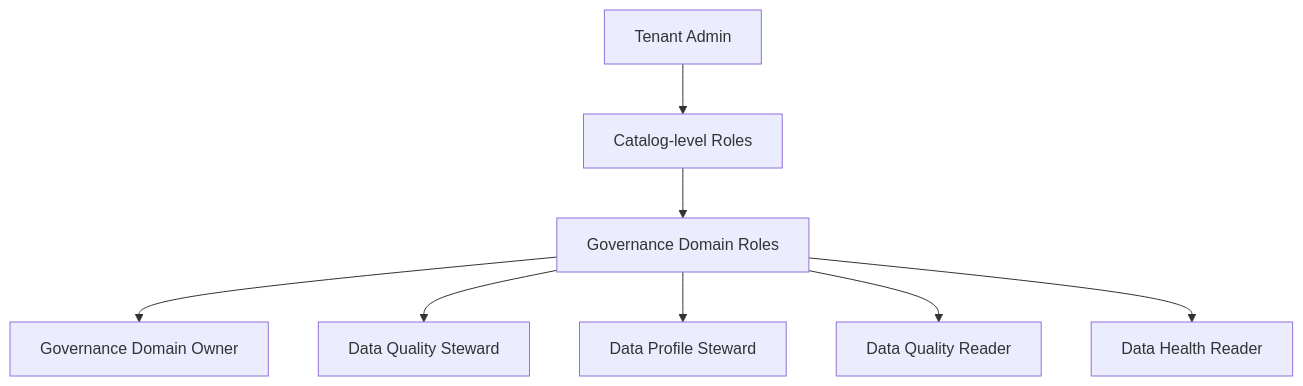
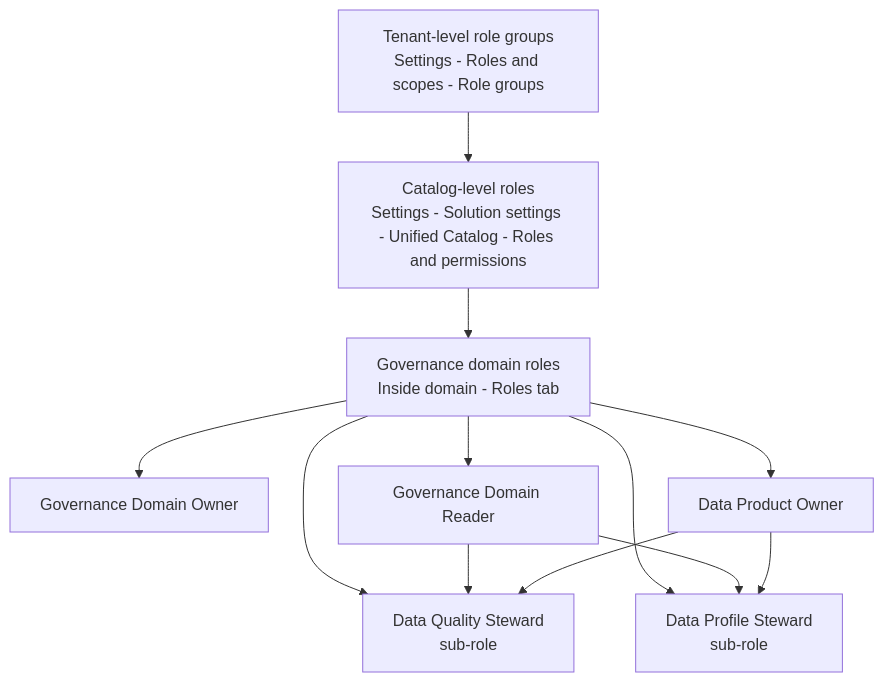
One commit to edhotp/purview-dq-tutorial changed the diagram in tutorial-series/01-setup-roles-permissions.md. Above: the diagram before and after it, drawn with Mermaid. The commit also changed other lines of this file, not shown here.

Commit message:
Rewrite Modul 01: align with latest MS Learn (3-tier permissions, sub-role requirements, Solution settings nav)

````diff
--- a/tutorial-series/01-setup-roles-permissions.md
+++ b/tutorial-series/01-setup-roles-permissions.md
@@ -22,10 +27,14 @@
 ```mermaid
 flowchart TD
-    T[Tenant Admin] --> CL[Catalog-level Roles]
-    CL --> GDR[Governance Domain Roles]
+    T[Tenant-level role groups<br/>Settings - Roles and scopes - Role groups] --> CL[Catalog-level roles<br/>Settings - Solution settings - Unified Catalog - Roles and permissions]
+    CL --> GDR[Governance domain roles<br/>Inside domain - Roles tab]
     GDR --> R1[Governance Domain Owner]
-    GDR --> R2[Data Quality Steward]
-    GDR --> R3[Data Profile Steward]
-    GDR --> R4[Data Quality Reader]
-    GDR --> R5[Data Health Reader]
+    GDR --> R2[Data Product Owner]
+    GDR --> R3[Governance Domain Reader]
+    GDR --> R4[Data Quality Steward<br/>sub-role]
+    GDR --> R5[Data Profile Steward<br/>sub-role]
+    R3 --> R4
+    R3 --> R5
+    R2 --> R4
+    R2 --> R5
 ```
````
